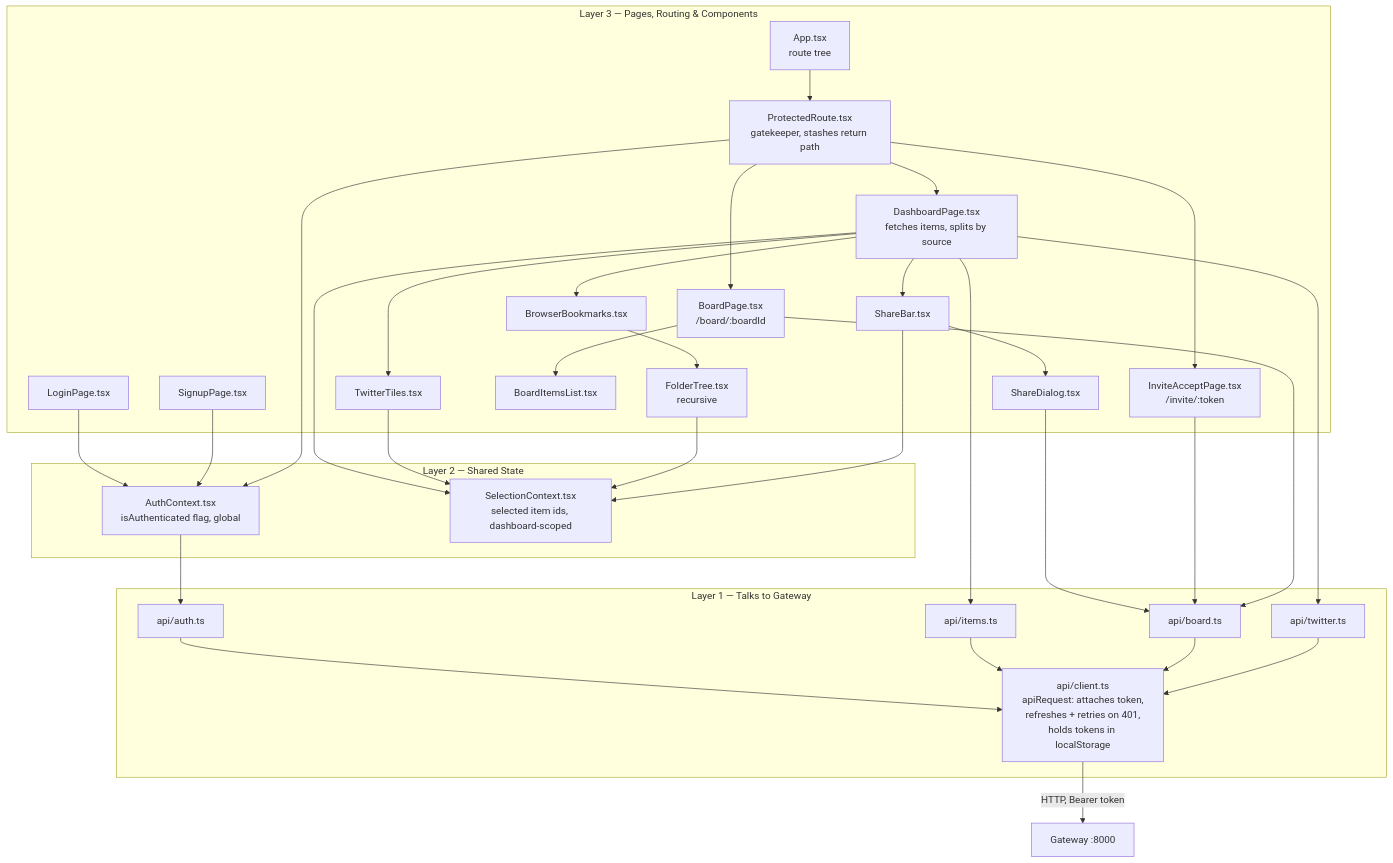
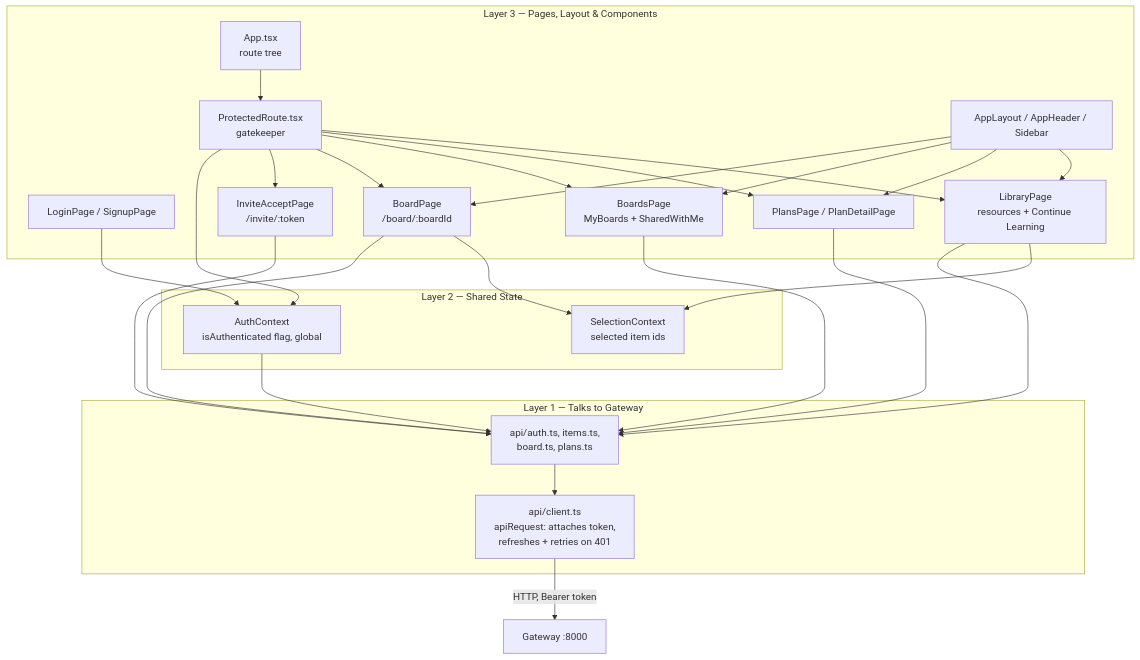
The fourth of 4 diagrams in docs/study-hub-architecture.md (mehulp/study-hub), drawn with Mermaid before and after one commit. The commit also changed other lines of this file and 14 other files, not shown here.

First line of the commit message:
Documentation audit: tighten architecture doc, add learning pack, new README

````diff
--- a/docs/study-hub-architecture.md
+++ b/docs/study-hub-architecture.md
@@ -182,45 +196,31 @@
 ```mermaid
 flowchart TD
-    subgraph Pages ["Layer 3 — Pages, Routing & Components"]
+    subgraph Pages ["Layer 3 — Pages, Layout & Components"]
         APP[App.tsx<br/>route tree]
-        PR[ProtectedRoute.tsx<br/>gatekeeper, stashes return path]
-        LP[LoginPage.tsx]
-        SP[SignupPage.tsx]
-        DP[DashboardPage.tsx<br/>fetches items, splits by source]
-        BP[BoardPage.tsx<br/>/board/:boardId]
-        IAP[InviteAcceptPage.tsx<br/>/invite/:token]
-        TT[TwitterTiles.tsx]
-        BB[BrowserBookmarks.tsx]
-        FT[FolderTree.tsx<br/>recursive]
-        BIL[BoardItemsList.tsx]
-        SB[ShareBar.tsx]
-        SD[ShareDialog.tsx]
+        PR[ProtectedRoute.tsx<br/>gatekeeper]
+        LAYOUT[AppLayout / AppHeader / Sidebar]
+        LP[LoginPage / SignupPage]
+        LIB[LibraryPage<br/>resources + Continue Learning]
+        PLANS[PlansPage / PlanDetailPage]
+        BOARDS[BoardsPage<br/>MyBoards + SharedWithMe]
+        BP[BoardPage<br/>/board/:boardId]
+        IAP[InviteAcceptPage<br/>/invite/:token]
     end
     subgraph StateLayer ["Layer 2 — Shared State"]
-        AC[AuthContext.tsx<br/>isAuthenticated flag, global]
-        SC[SelectionContext.tsx<br/>selected item ids, dashboard-scoped]
+        AC[AuthContext<br/>isAuthenticated flag, global]
+        SC[SelectionContext<br/>selected item ids]
     end
     subgraph APILayer ["Layer 1 — Talks to Gateway"]
-        AUTHAPI[api/auth.ts]
-        ITEMSAPI[api/items.ts]
-        BOARDAPI[api/board.ts]
-        TWITTERAPI[api/twitter.ts]
-        CLIENT[api/client.ts<br/>apiRequest: attaches token,<br/>refreshes + retries on 401,<br/>holds tokens in localStorage]
+        APIS[api/auth.ts, items.ts,<br/>board.ts, plans.ts]
+        CLIENT[api/client.ts<br/>apiRequest: attaches token,<br/>refreshes + retries on 401]
     end
     APP --> PR
-    PR --> DP & BP & IAP
-    DP --> TT & BB & SB
-    BB --> FT
-    BP --> BIL
-    SB --> SD
-    DP & TT & FT & SB --> SC
-    LP & SP & PR --> AC
-    SD --> BOARDAPI
-    IAP --> BOARDAPI
-    BP --> BOARDAPI
-    DP --> ITEMSAPI
-    DP --> TWITTERAPI
-    AC --> AUTHAPI
-    AUTHAPI & ITEMSAPI & BOARDAPI & TWITTERAPI --> CLIENT
+    PR --> LIB & PLANS & BOARDS & BP & IAP
+    LAYOUT --> LIB & PLANS & BOARDS & BP
+    LIB & BP --> SC
+    LP & PR --> AC
+    LIB & PLANS & BOARDS & BP & IAP --> APIS
+    AC --> APIS
+    APIS --> CLIENT
     CLIENT -->|HTTP, Bearer token| GW[Gateway :8000]
 ```
````
